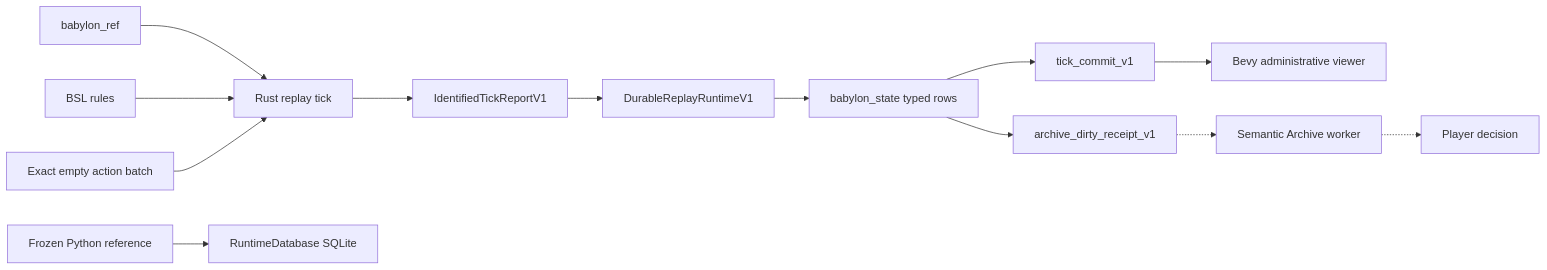
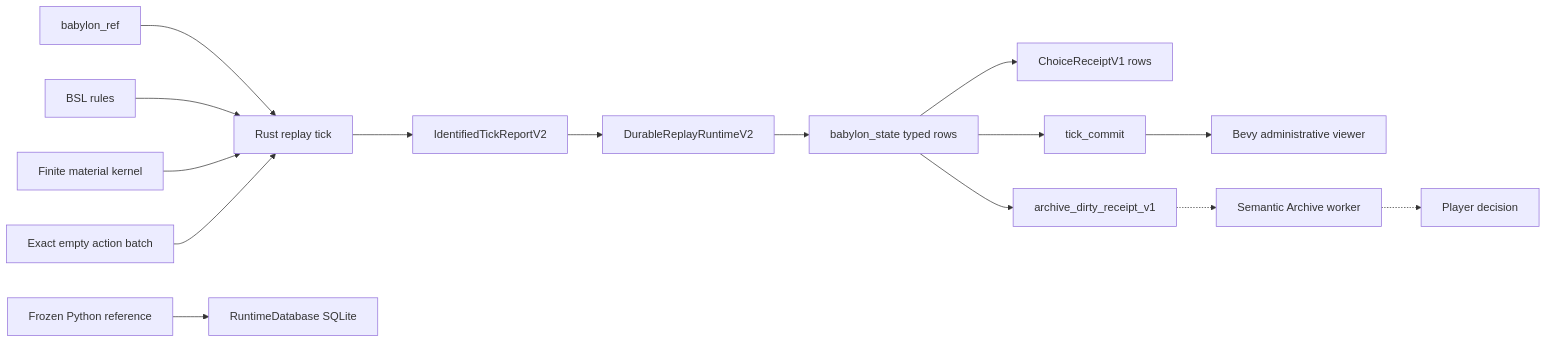
One commit to percy-raskova/babylon changed the diagram in docs/concepts/architecture.rst. Above: the diagram before and after it, drawn with Mermaid. The commit also changed other lines of this file and 131 other files, not shown here.

First line of the commit message:
feat(bsl): add finite material probability

```diff
--- a/docs/concepts/architecture.rst
+++ b/docs/concepts/architecture.rst
@@ -164,15 +201,17 @@
 .. mermaid::
 
    flowchart LR
        REF["babylon_ref"] --> TICK["Rust replay tick"]
        BSL["BSL rules"] --> TICK
+       KERNEL["Finite material kernel"] --> TICK
        EMPTY["Exact empty action batch"] --> TICK
-       TICK --> IDENTIFIED["IdentifiedTickReportV1"]
-       IDENTIFIED --> RUNTIME["DurableReplayRuntimeV1"]
+       TICK --> IDENTIFIED["IdentifiedTickReportV2"]
+       IDENTIFIED --> RUNTIME["DurableReplayRuntimeV2"]
        RUNTIME --> STATE["babylon_state typed rows"]
-       STATE --> MARKER["tick_commit_v1"]
+       STATE --> RECEIPT["ChoiceReceiptV1 rows"]
+       STATE --> MARKER["tick_commit"]
        STATE --> DIRTY["archive_dirty_receipt_v1"]
        MARKER --> VIEW["Bevy administrative viewer"]
        PY["Frozen Python reference"] --> SQLITE["RuntimeDatabase SQLite"]
        DIRTY -.-> ARCHIVE["Semantic Archive worker"]
        ARCHIVE -.-> CHOICE["Player decision"]
```
